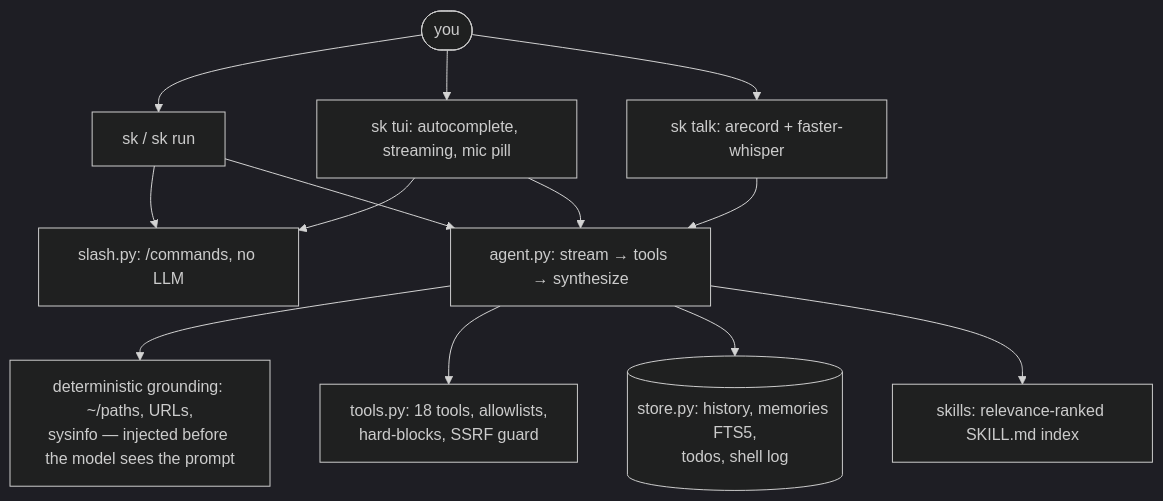
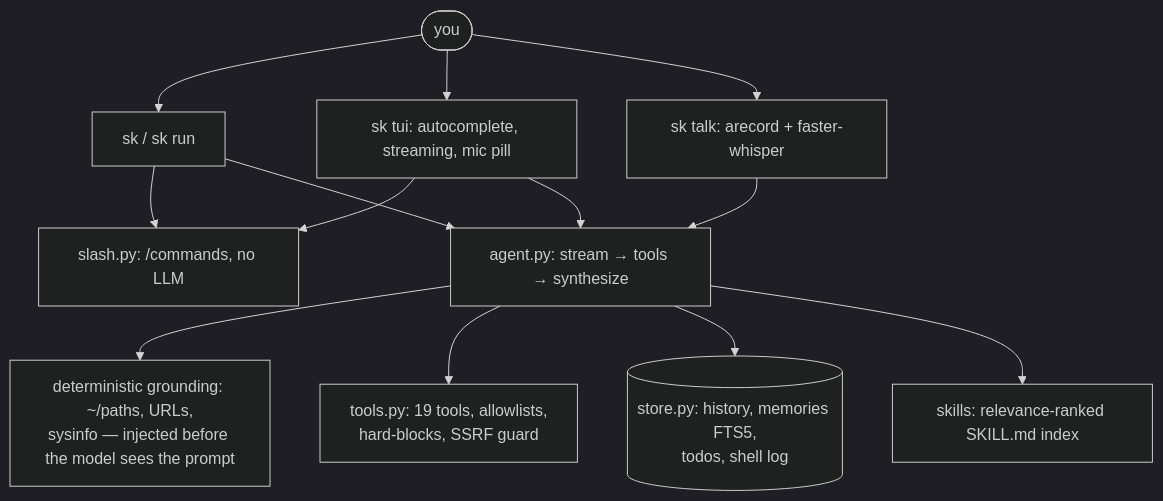
One commit to Faisal-Fayaz/sidekick changed the diagram in README.md. Above: the diagram before and after it, drawn with Mermaid (dark theme). The commit also changed other lines of this file, not shown here.

````diff
--- a/README.md
+++ b/README.md
@@ -185,15 +185,15 @@
 ```mermaid
 flowchart TB
     U([you]) --> CLI[sk / sk run]
     U --> TUI[sk tui: autocomplete, streaming, mic pill]
     U --> VOICE[sk talk: arecord + faster-whisper]
     CLI --> SLASH[slash.py: /commands, no LLM]
     TUI --> SLASH
     VOICE --> AGENT
     CLI --> AGENT[agent.py: stream → tools → synthesize]
     TUI --> AGENT
     AGENT --> GROUND[deterministic grounding: ~/paths, URLs,\nsysinfo — injected before the model sees the prompt]
-    AGENT --> TOOLS[tools.py: 18 tools, allowlists,\nhard-blocks, SSRF guard]
+    AGENT --> TOOLS[tools.py: 19 tools, allowlists,\nhard-blocks, SSRF guard]
     AGENT --> MEM[(store.py: history, memories FTS5,\ntodos, shell log)]
     AGENT --> SKILLS[skills: relevance-ranked SKILL.md index]
 ```
````
